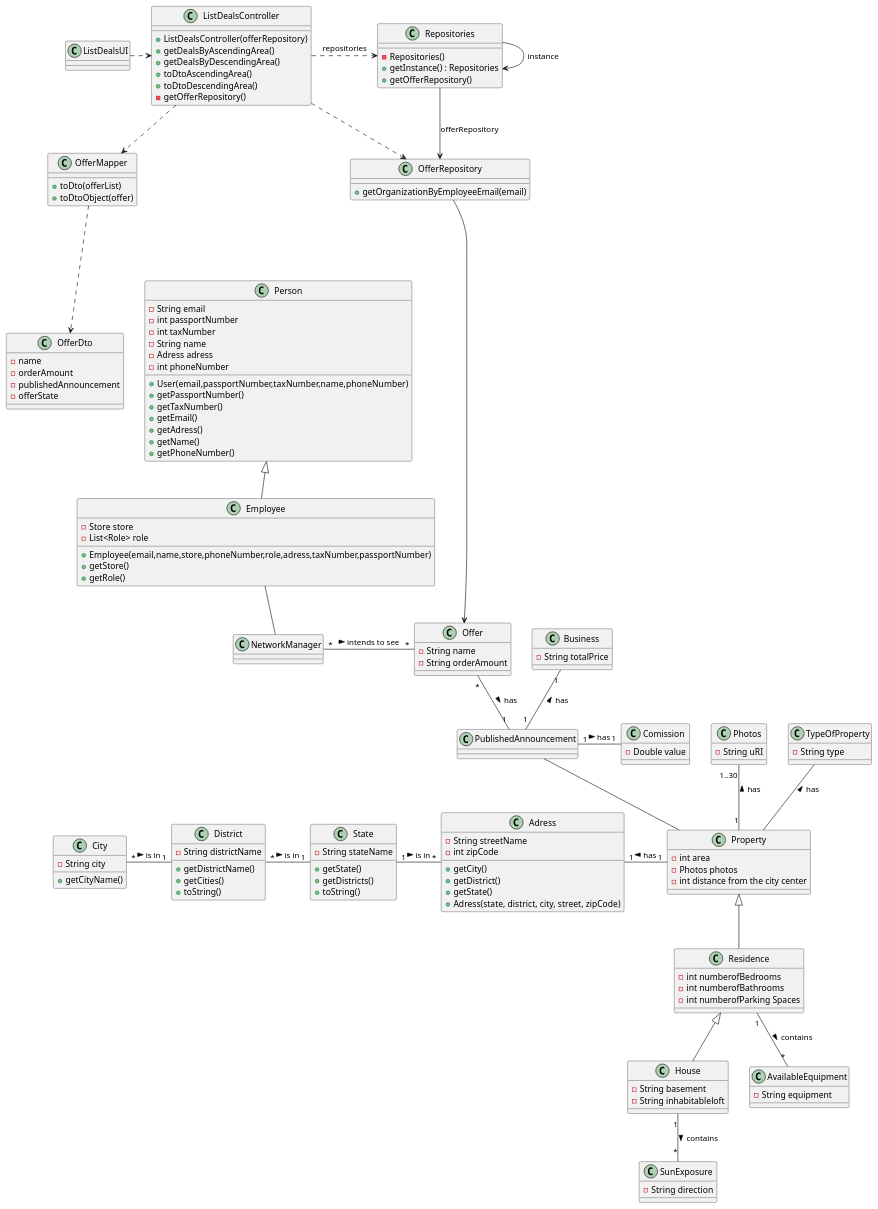
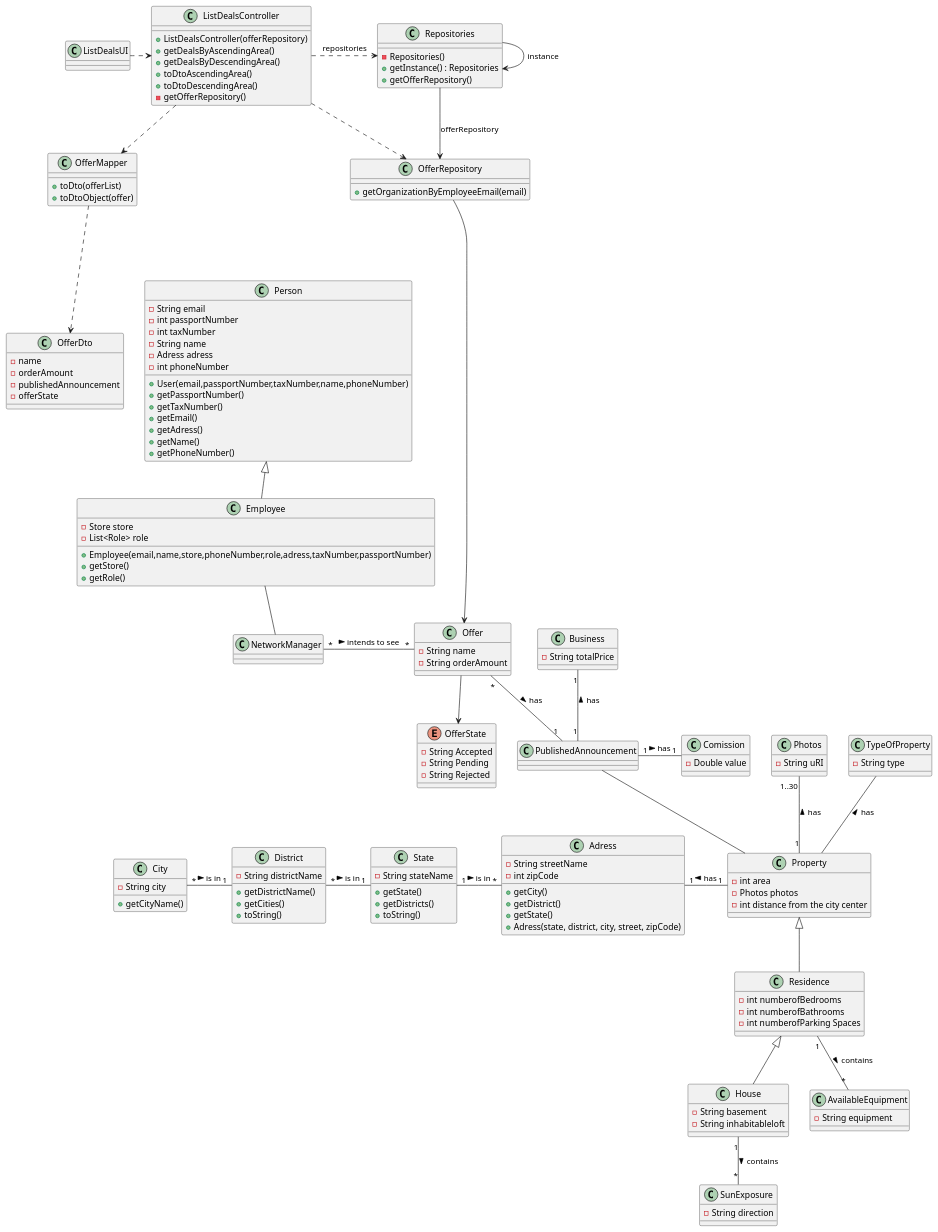
The diagram in docs/sprintD/US017/03.design/puml/us17-class-diagram.puml (PureNimble/ISEP-LAPR2), drawn with PlantUML before and after one commit. The commit also changed 3 other files, not shown here.

```diff
--- a/docs/sprintD/US017/03.design/puml/us17-class-diagram.puml
+++ b/docs/sprintD/US017/03.design/puml/us17-class-diagram.puml
@@ -33,6 +33,13 @@
 -String name
 -String orderAmount
 }
+
+enum  OfferState {
+-String Accepted
+-String Pending
+-String Rejected
+}
+
 
 class Adress{
  -String streetName
@@ -196,7 +203,7 @@
 OfferRepository -----> Offer
 
 
-
+Offer --> OfferState
 
 
 
```
